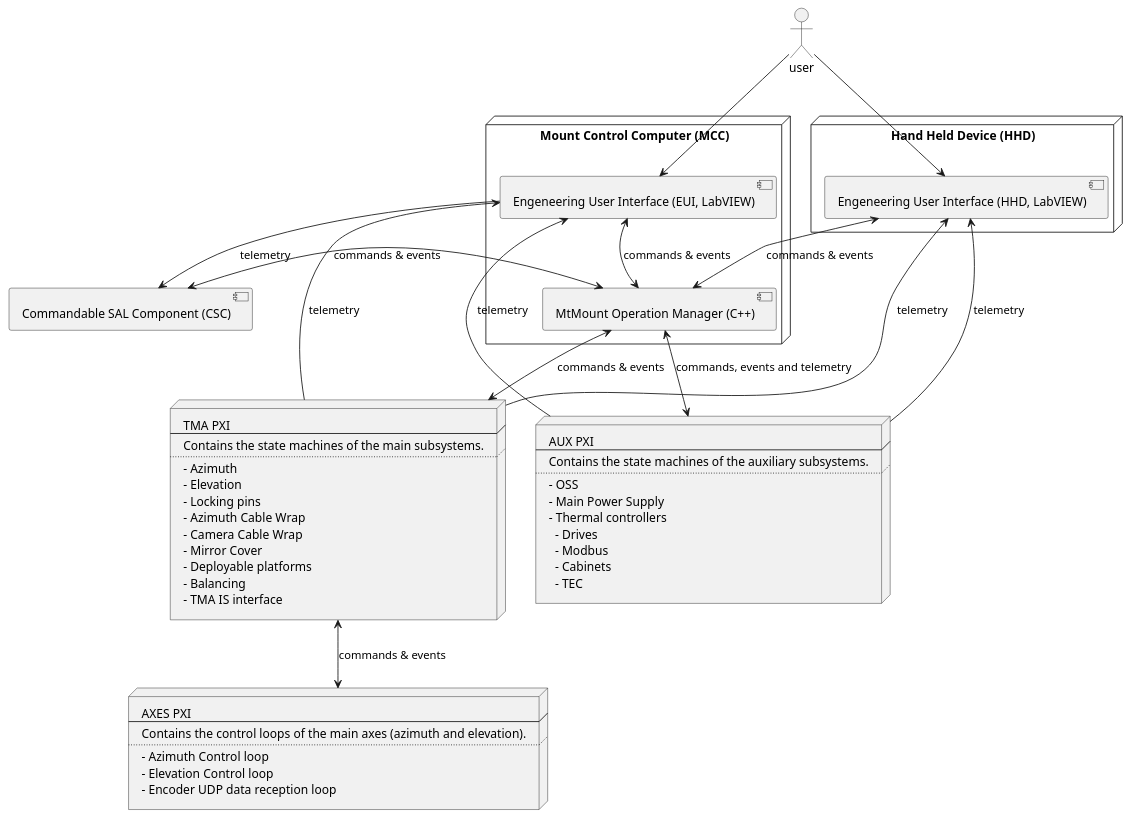
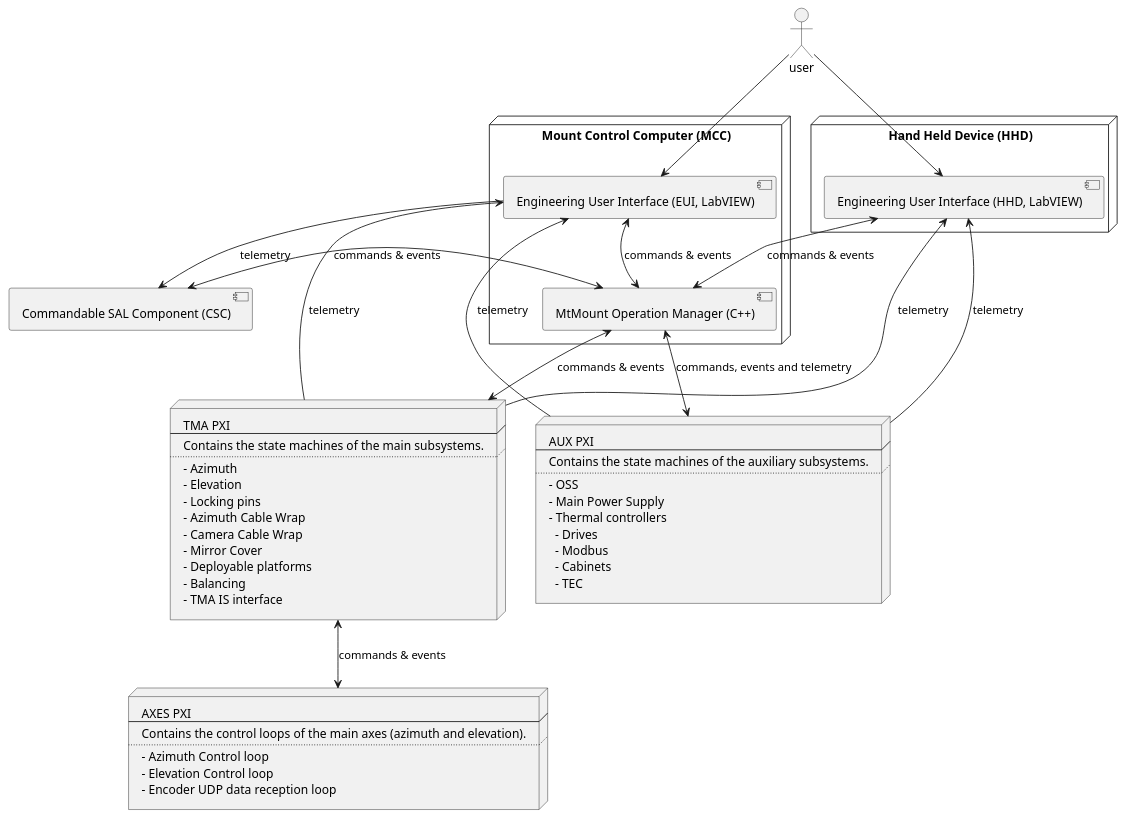
One commit to lsst-ts/ts_tma_tma-documentation_mcs-sw-design changed the second of 10 diagrams in MCS_SW_Design_Report.md. Above: the diagram before and after it, drawn with PlantUML. The commit also changed other lines of this file, not shown here.

````diff
--- a/MCS_SW_Design_Report.md
+++ b/MCS_SW_Design_Report.md
@@ -85,74 +85,74 @@
 ```plantuml
 @startuml
 actor user
 
 component CSC [
   Commandable SAL Component (CSC)
 ]
 
 node "Mount Control Computer (MCC)" {
   component EUI [
-  Engeneering User Interface (EUI, LabVIEW)]
+  Engineering User Interface (EUI, LabVIEW)]
   component Cpp [
   MtMount Operation Manager (C++)]
 }
 
 node "Hand Held Device (HHD)" {
   component HHD [
-  Engeneering User Interface (HHD, LabVIEW)]
+  Engineering User Interface (HHD, LabVIEW)]
 }
 
 node TMA_PXI [
   TMA PXI
   --
   Contains the state machines of the main subsystems.
   ..
   - Azimuth
   - Elevation
   - Locking pins
   - Azimuth Cable Wrap
   - Camera Cable Wrap
   - Mirror Cover
   - Deployable platforms
   - Balancing
   - TMA IS interface
 ]
 node AUX_PXI [
   AUX PXI
   --
   Contains the state machines of the auxiliary subsystems.
   ..
   - OSS
   - Main Power Supply
   - Thermal controllers
     - Drives
     - Modbus
     - Cabinets
     - TEC
 ]
 node AXES_PXI[
   AXES PXI
   --
   Contains the control loops of the main axes (azimuth and elevation).
   ..
   - Azimuth Control loop
   - Elevation Control loop
   - Encoder UDP data reception loop
 ]
 
 EUI <--> Cpp: commands & events
 HHD <--> Cpp: commands & events
 user --> EUI
 user --> HHD
 Cpp <--> TMA_PXI: commands & events
 TMA_PXI <-d-> AXES_PXI: commands & events
 Cpp <-d-> AUX_PXI: commands, events and telemetry
 TMA_PXI -u-> EUI: telemetry
 TMA_PXI -u-> HHD: telemetry
 AUX_PXI -u-> EUI: telemetry
 AUX_PXI -u-> HHD: telemetry
 EUI -r-> CSC: telemetry
 Cpp <-r-> CSC: commands & events
 
 @enduml
 ```
````
